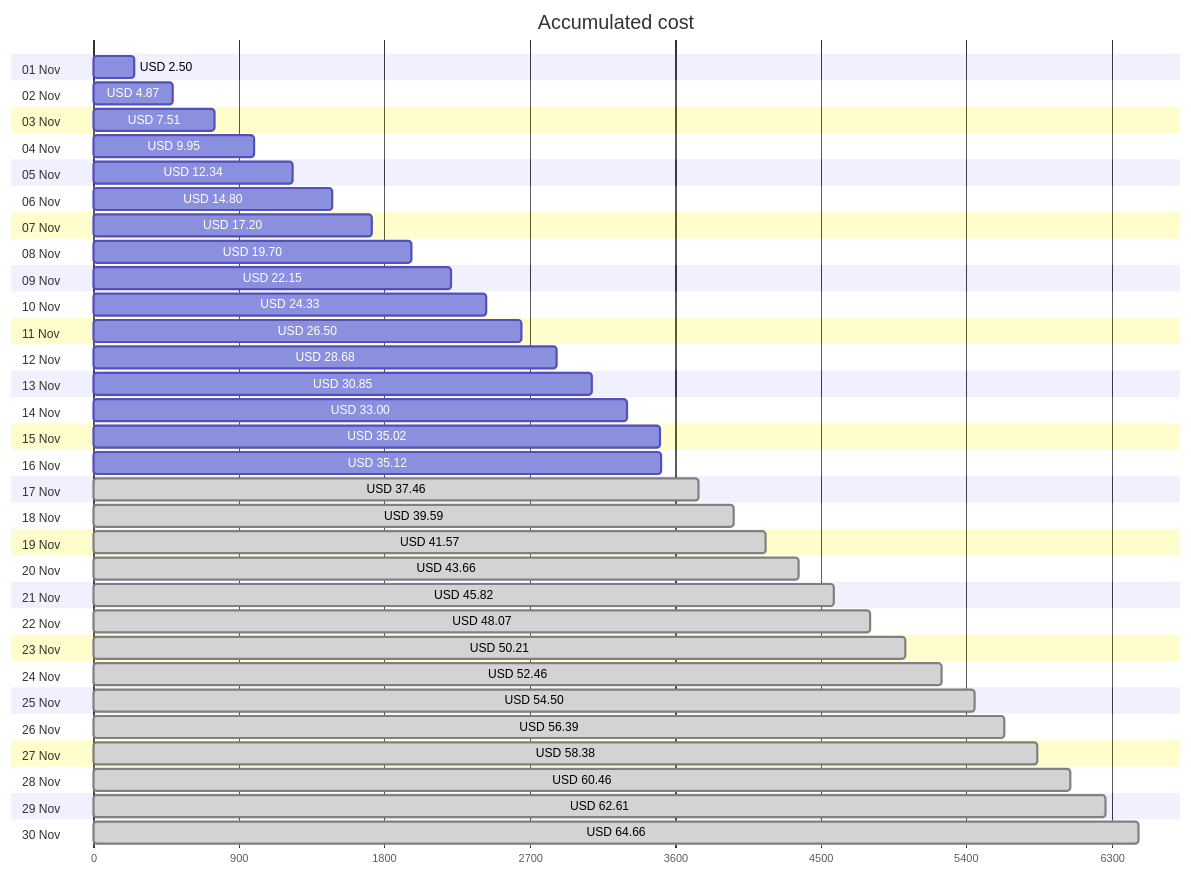
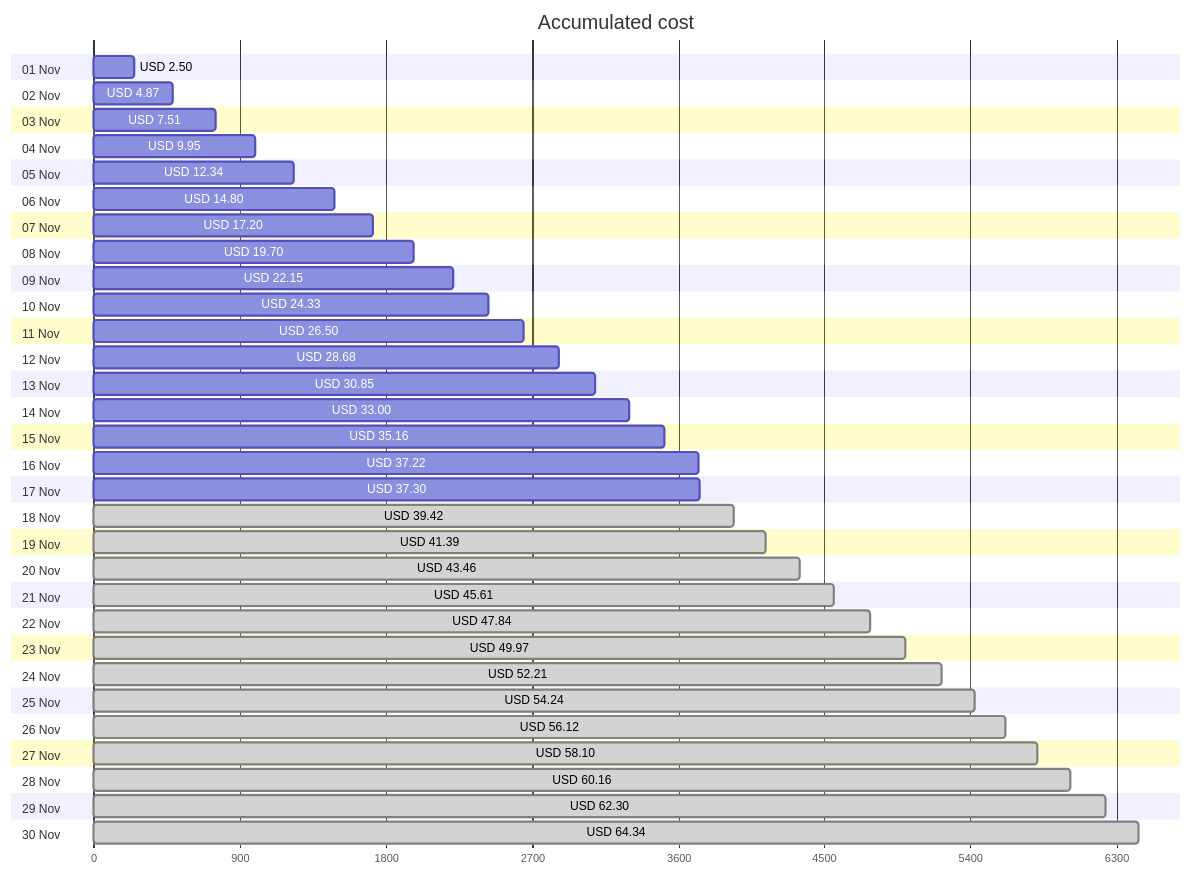
One commit to jpfulton/azure-personal-reports changed the first of 4 diagrams in cost-reports/accumulated-cost.md. Above: the diagram before and after it, drawn with Mermaid. The commit also changed other lines of this file and 4 other files, not shown here.

````diff
--- a/cost-reports/accumulated-cost.md
+++ b/cost-reports/accumulated-cost.md
@@ -20,66 +20,66 @@
 ```mermaid
 gantt
    title Accumulated cost
    dateFormat  X
    axisFormat %s
    section 01 Nov
    USD 2.50 :0, 250
    section 02 Nov
    USD 4.87 :0, 487
    section 03 Nov
    USD 7.51 :0, 751
    section 04 Nov
    USD 9.95 :0, 995
    section 05 Nov
    USD 12.34 :0, 1234
    section 06 Nov
    USD 14.80 :0, 1480
    section 07 Nov
    USD 17.20 :0, 1720
    section 08 Nov
    USD 19.70 :0, 1970
    section 09 Nov
    USD 22.15 :0, 2215
    section 10 Nov
    USD 24.33 :0, 2433
    section 11 Nov
    USD 26.50 :0, 2650
    section 12 Nov
    USD 28.68 :0, 2868
    section 13 Nov
    USD 30.85 :0, 3085
    section 14 Nov
    USD 33.00 :0, 3300
    section 15 Nov
-   USD 35.02 :0, 3502
+   USD 35.16 :0, 3516
    section 16 Nov
-   USD 35.12 :0, 3512
+   USD 37.22 :0, 3722
    section 17 Nov
-   USD 37.46 : done, 0, 3746
+   USD 37.30 :0, 3730
    section 18 Nov
-   USD 39.59 : done, 0, 3959
+   USD 39.42 : done, 0, 3942
    section 19 Nov
-   USD 41.57 : done, 0, 4157
+   USD 41.39 : done, 0, 4139
    section 20 Nov
-   USD 43.66 : done, 0, 4366
+   USD 43.46 : done, 0, 4346
    section 21 Nov
-   USD 45.82 : done, 0, 4582
+   USD 45.61 : done, 0, 4561
    section 22 Nov
-   USD 48.07 : done, 0, 4807
+   USD 47.84 : done, 0, 4784
    section 23 Nov
-   USD 50.21 : done, 0, 5021
+   USD 49.97 : done, 0, 4997
    section 24 Nov
-   USD 52.46 : done, 0, 5246
+   USD 52.21 : done, 0, 5221
    section 25 Nov
-   USD 54.50 : done, 0, 5450
+   USD 54.24 : done, 0, 5424
    section 26 Nov
-   USD 56.39 : done, 0, 5639
+   USD 56.12 : done, 0, 5612
    section 27 Nov
-   USD 58.38 : done, 0, 5838
+   USD 58.10 : done, 0, 5810
    section 28 Nov
-   USD 60.46 : done, 0, 6046
+   USD 60.16 : done, 0, 6016
    section 29 Nov
-   USD 62.61 : done, 0, 6261
+   USD 62.30 : done, 0, 6230
    section 30 Nov
-   USD 64.66 : done, 0, 6466
+   USD 64.34 : done, 0, 6434
 ```
````
